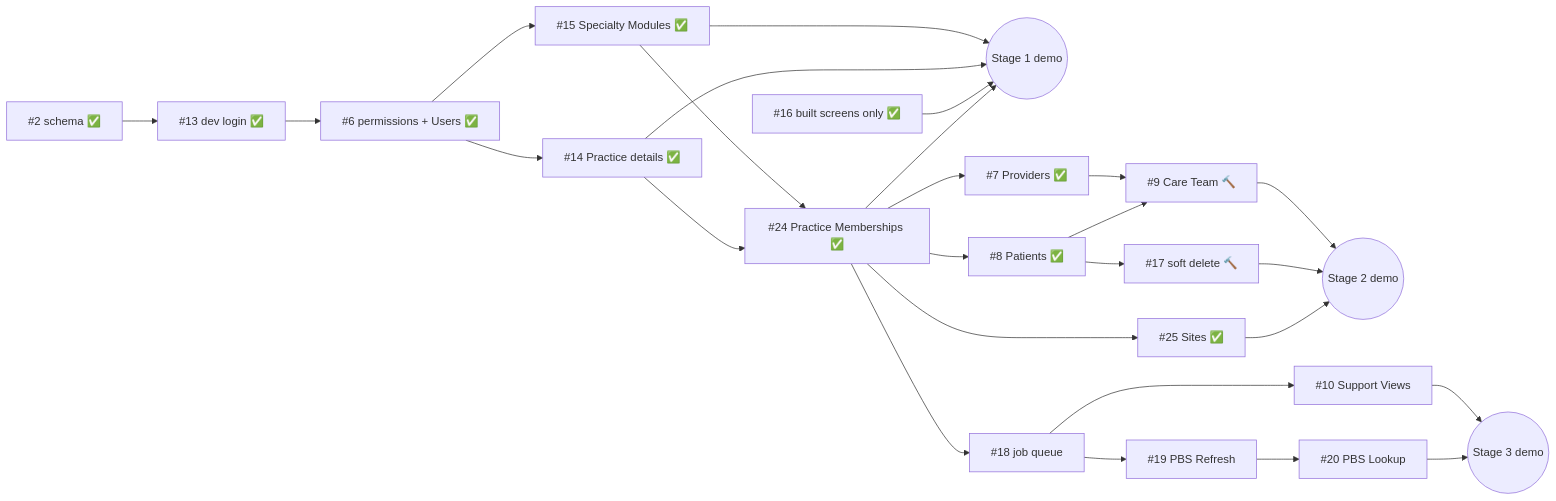
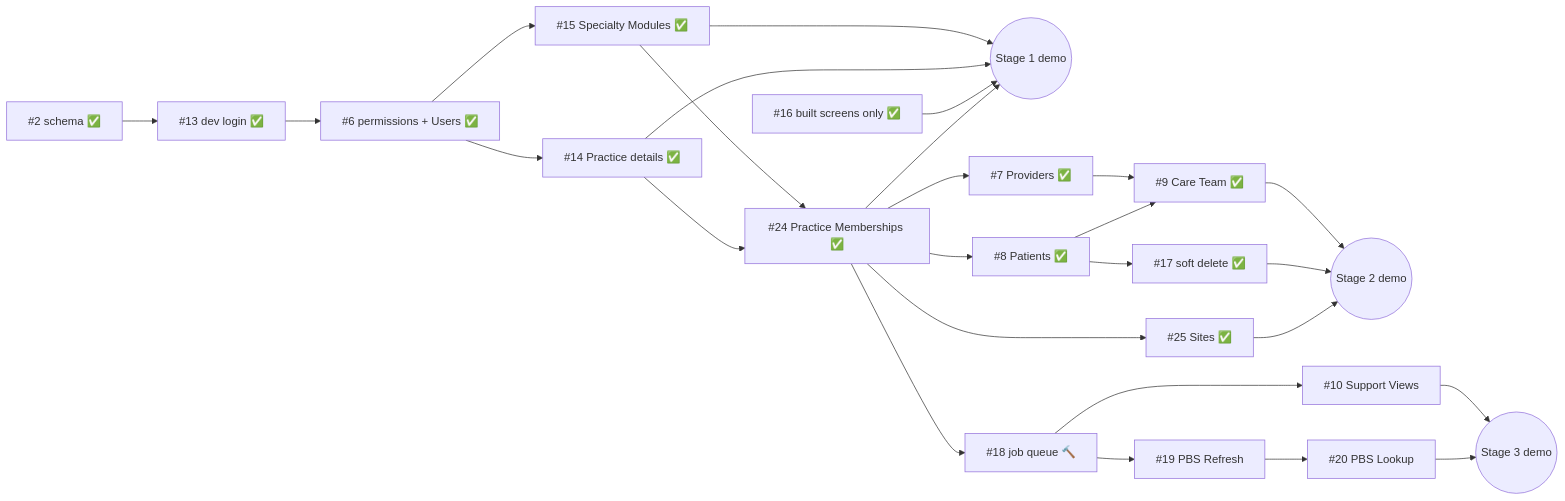
The diagram in docs/build-order.md (kl-a/vigil_care), drawn with Mermaid before and after one commit. The commit also changed other lines of this file and 23 other files, not shown here.

First line of the commit message:
Job queue, worker and Refresh Jobs (#18)

````diff
--- a/docs/build-order.md
+++ b/docs/build-order.md
@@ -86,24 +86,24 @@
 ```mermaid
 flowchart LR
     T2[#2 schema ✅] --> T13[#13 dev login ✅]
     T13 --> T6[#6 permissions + Users ✅]
     T6 --> T14[#14 Practice details ✅]
     T6 --> T15[#15 Specialty Modules ✅]
     T14 --> T24[#24 Practice Memberships ✅]
     T15 --> T24
     T24 --> S1
     T16[#16 built screens only ✅] --> S1((Stage 1 demo))
     T14 --> S1
     T15 --> S1
-    T24 --> T8[#8 Patients ✅] --> T17[#17 soft delete 🔨]
+    T24 --> T8[#8 Patients ✅] --> T17[#17 soft delete ✅]
     T24 --> T7[#7 Providers ✅]
     T24 --> T25[#25 Sites ✅] --> S2
-    T8 --> T9[#9 Care Team 🔨]
+    T8 --> T9[#9 Care Team ✅]
     T7 --> T9
     T17 --> S2((Stage 2 demo))
     T9 --> S2
-    T24 --> T18[#18 job queue] --> T19[#19 PBS Refresh] --> T20[#20 PBS Lookup]
+    T24 --> T18[#18 job queue 🔨] --> T19[#19 PBS Refresh] --> T20[#20 PBS Lookup]
     T18 --> T10[#10 Support Views]
     T20 --> S3((Stage 3 demo))
     T10 --> S3
 ```
````
